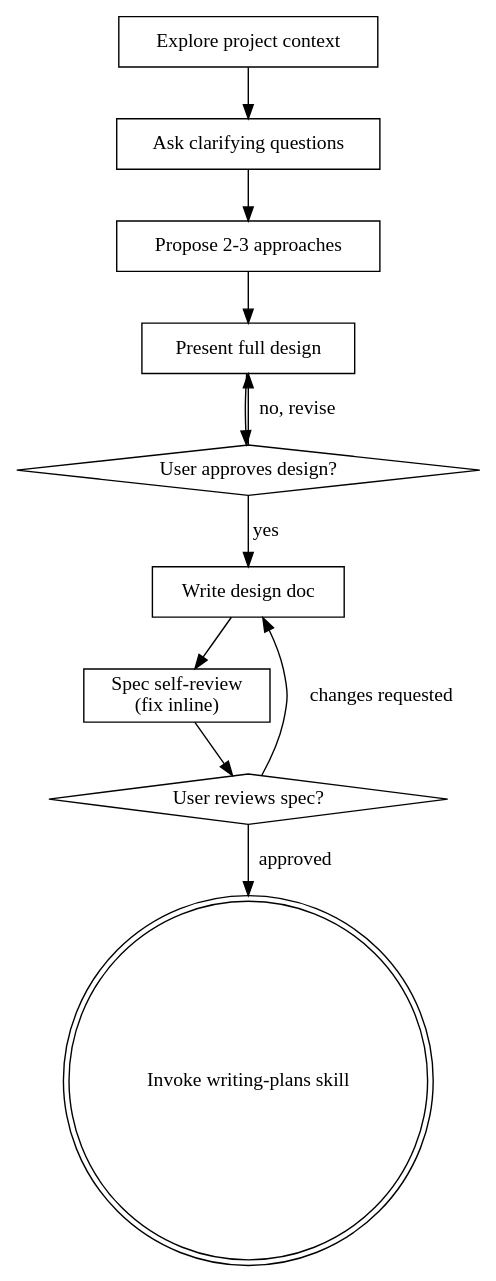
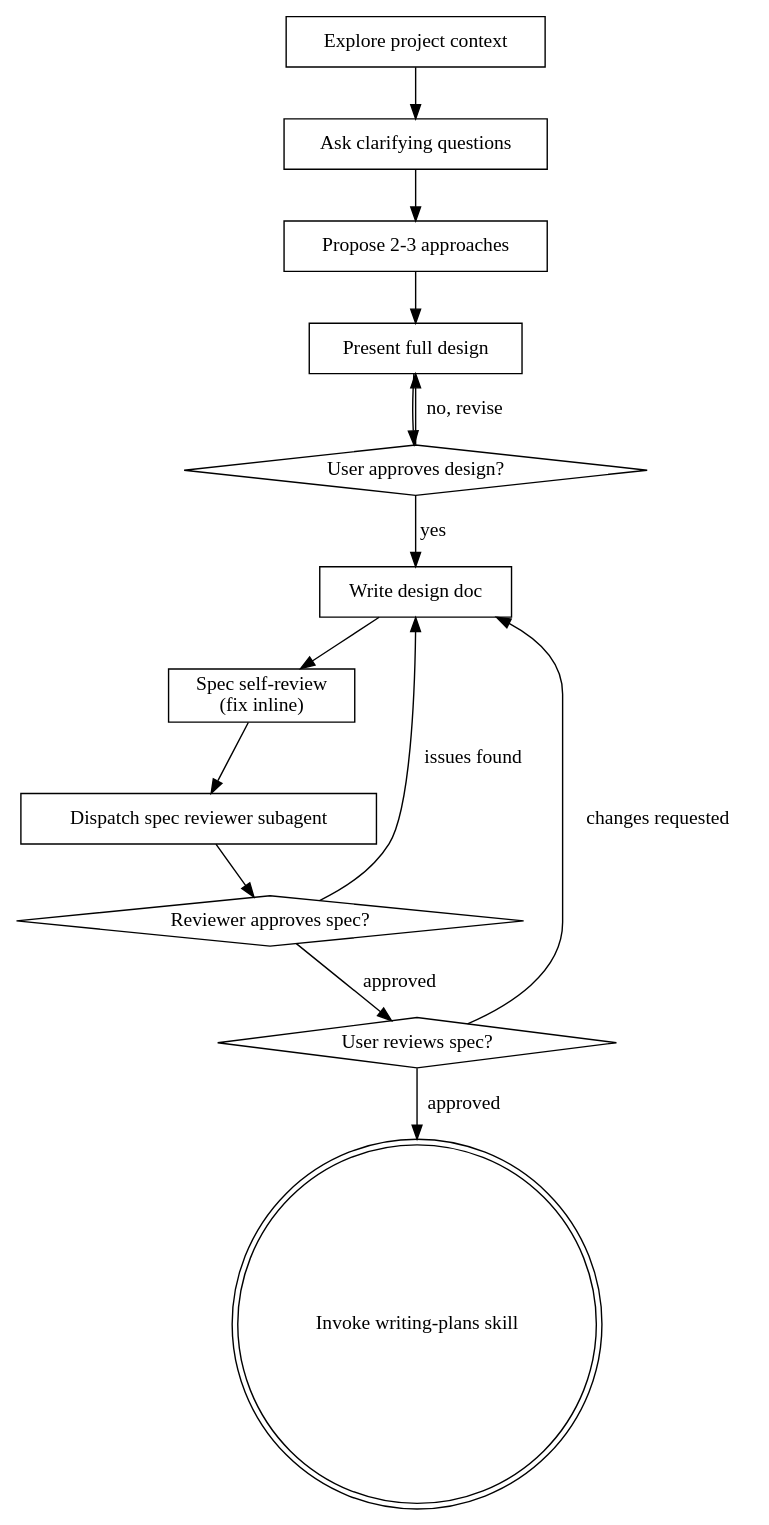
Before and after one commit to cgajfmantas/superpowers: the diagram in skills/brainstorming/SKILL.md, drawn with Graphviz. The commit also changed other lines of this file, not shown here.

First line of the commit message:
refactor: reconectar el reviewer de spec por subagente en brainstorming

````diff
--- a/skills/brainstorming/SKILL.md
+++ b/skills/brainstorming/SKILL.md
@@ -48,24 +49,29 @@
 ```dot
 digraph brainstorming {
     "Explore project context" [shape=box];
     "Ask clarifying questions" [shape=box];
     "Propose 2-3 approaches" [shape=box];
     "Present full design" [shape=box];
     "User approves design?" [shape=diamond];
     "Write design doc" [shape=box];
     "Spec self-review\n(fix inline)" [shape=box];
+    "Dispatch spec reviewer subagent" [shape=box];
+    "Reviewer approves spec?" [shape=diamond];
     "User reviews spec?" [shape=diamond];
     "Invoke writing-plans skill" [shape=doublecircle];
 
     "Explore project context" -> "Ask clarifying questions";
     "Ask clarifying questions" -> "Propose 2-3 approaches";
     "Propose 2-3 approaches" -> "Present full design";
     "Present full design" -> "User approves design?";
     "User approves design?" -> "Present full design" [label="no, revise"];
     "User approves design?" -> "Write design doc" [label="yes"];
     "Write design doc" -> "Spec self-review\n(fix inline)";
-    "Spec self-review\n(fix inline)" -> "User reviews spec?";
+    "Spec self-review\n(fix inline)" -> "Dispatch spec reviewer subagent";
+    "Dispatch spec reviewer subagent" -> "Reviewer approves spec?";
+    "Reviewer approves spec?" -> "Write design doc" [label="issues found"];
+    "Reviewer approves spec?" -> "User reviews spec?" [label="approved"];
     "User reviews spec?" -> "Write design doc" [label="changes requested"];
     "User reviews spec?" -> "Invoke writing-plans skill" [label="approved"];
 }
 ```
````
